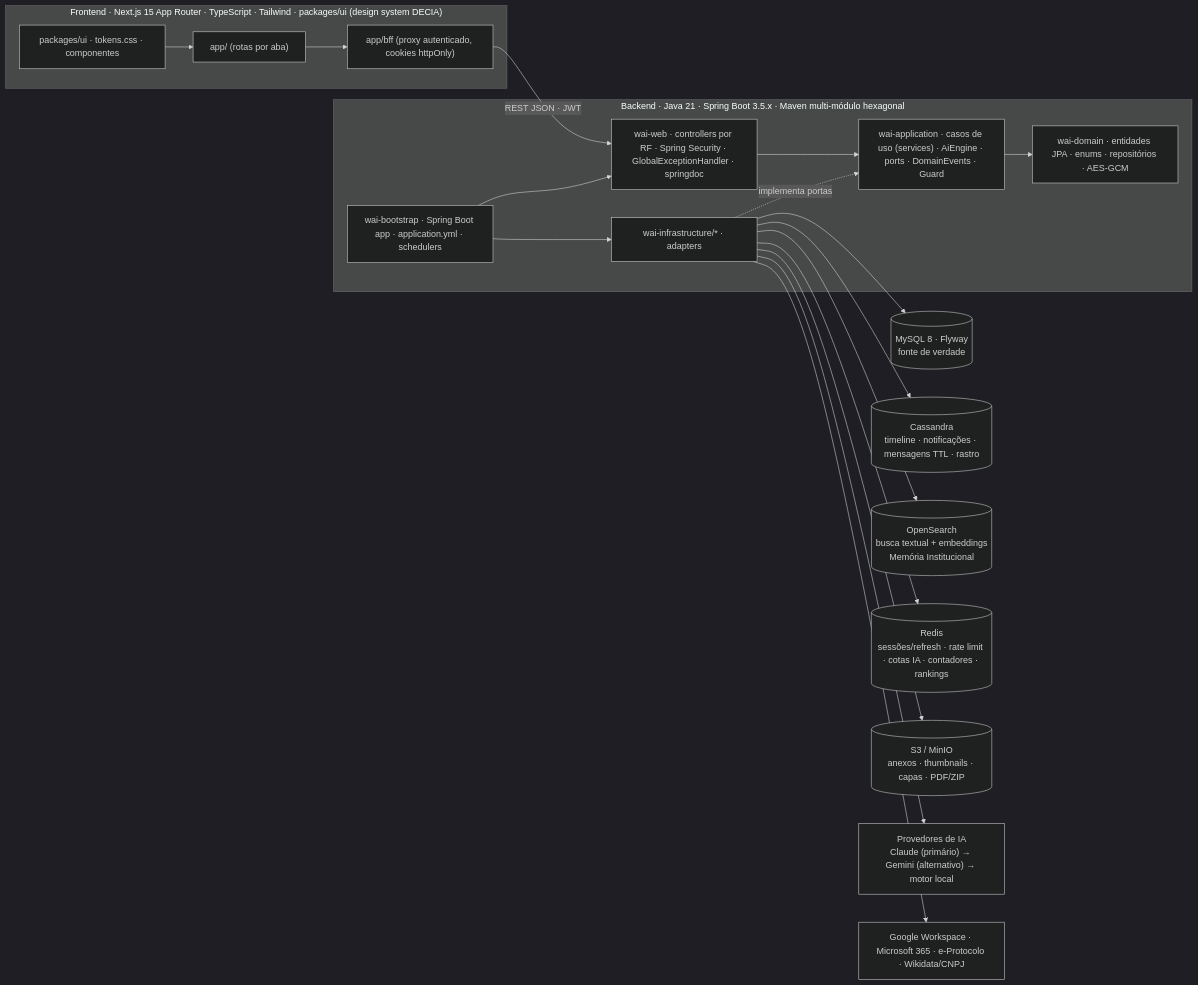
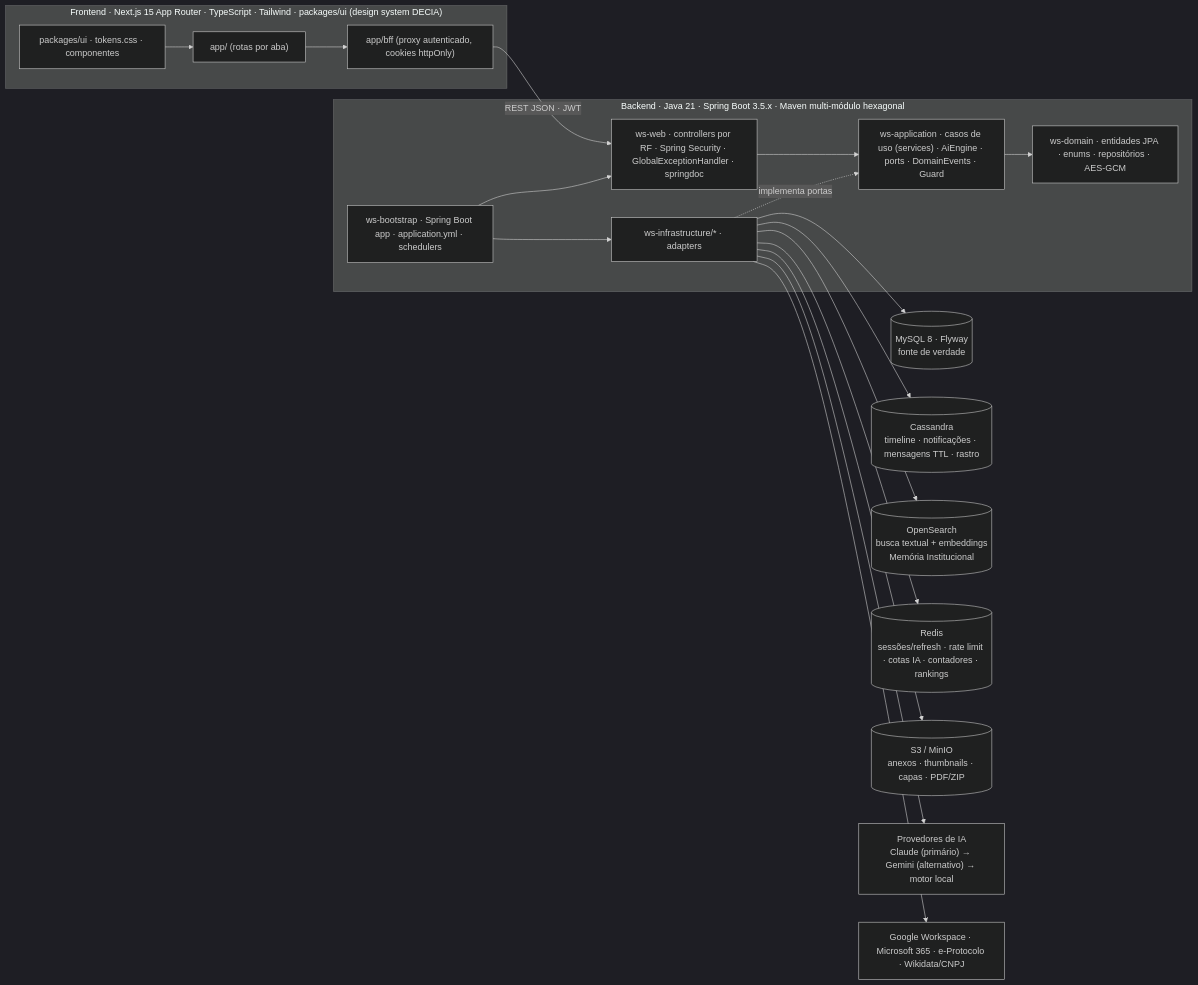
Before and after one commit to MatheusHaliski/Decia-app-2026: the first of 4 diagrams in docs/arquitetura/ARQUITETURA.md, drawn with Mermaid (dark theme). The commit also changed other lines of this file and 65 other files, not shown here.

First line of the commit message:
docs: renomeia o produto para Work Station (módulos ws-*), UserPreferences no diagrama v1, RF44/RF45 ajustados, design system (tokens, components.css, 66 ícones, 112 anatomias SVG, galeria e capturas) e dúvidas Q-36..Q-43

````diff
--- a/docs/arquitetura/ARQUITETURA.md
+++ b/docs/arquitetura/ARQUITETURA.md
@@ -15,25 +17,25 @@
 ```mermaid
 flowchart LR
   subgraph FE["Frontend · Next.js 15 App Router · TypeScript · Tailwind · packages/ui (design system DECIA)"]
     APP["app/ (rotas por aba)"] --> BFF["app/bff (proxy autenticado, cookies httpOnly)"]
     UI["packages/ui · tokens.css · componentes"] --> APP
   end
   BFF -->|REST JSON · JWT| WEB
   subgraph BE["Backend · Java 21 · Spring Boot 3.5.x · Maven multi-módulo hexagonal"]
-    WEB["wai-web · controllers por RF · Spring Security · GlobalExceptionHandler · springdoc"]
-    APPL["wai-application · casos de uso (services) · AiEngine · ports · DomainEvents · Guard"]
-    DOM["wai-domain · entidades JPA · enums · repositórios · AES-GCM"]
-    INFRA["wai-infrastructure/* · adapters"]
-    BOOT["wai-bootstrap · Spring Boot app · application.yml · schedulers"]
+    WEB["ws-web · controllers por RF · Spring Security · GlobalExceptionHandler · springdoc"]
+    APPL["ws-application · casos de uso (services) · AiEngine · ports · DomainEvents · Guard"]
+    DOM["ws-domain · entidades JPA · enums · repositórios · AES-GCM"]
+    INFRA["ws-infrastructure/* · adapters"]
+    BOOT["ws-bootstrap · Spring Boot app · application.yml · schedulers"]
     WEB --> APPL --> DOM
     INFRA -.implementa portas.-> APPL
     BOOT --> WEB & INFRA
   end
   INFRA --> MYSQL[("MySQL 8 · Flyway\nfonte de verdade")]
   INFRA --> CASS[("Cassandra\ntimeline · notificações · mensagens TTL · rastro")]
   INFRA --> OS[("OpenSearch\nbusca textual + embeddings\nMemória Institucional")]
   INFRA --> REDIS[("Redis\nsessões/refresh · rate limit · cotas IA · contadores · rankings")]
   INFRA --> S3[("S3 / MinIO\nanexos · thumbnails · capas · PDF/ZIP")]
   INFRA --> AI["Provedores de IA\nClaude (primário) → Gemini (alternativo) → motor local"]
   INFRA --> EXT["Google Workspace · Microsoft 365 · e-Protocolo · Wikidata/CNPJ"]
 ```
````
